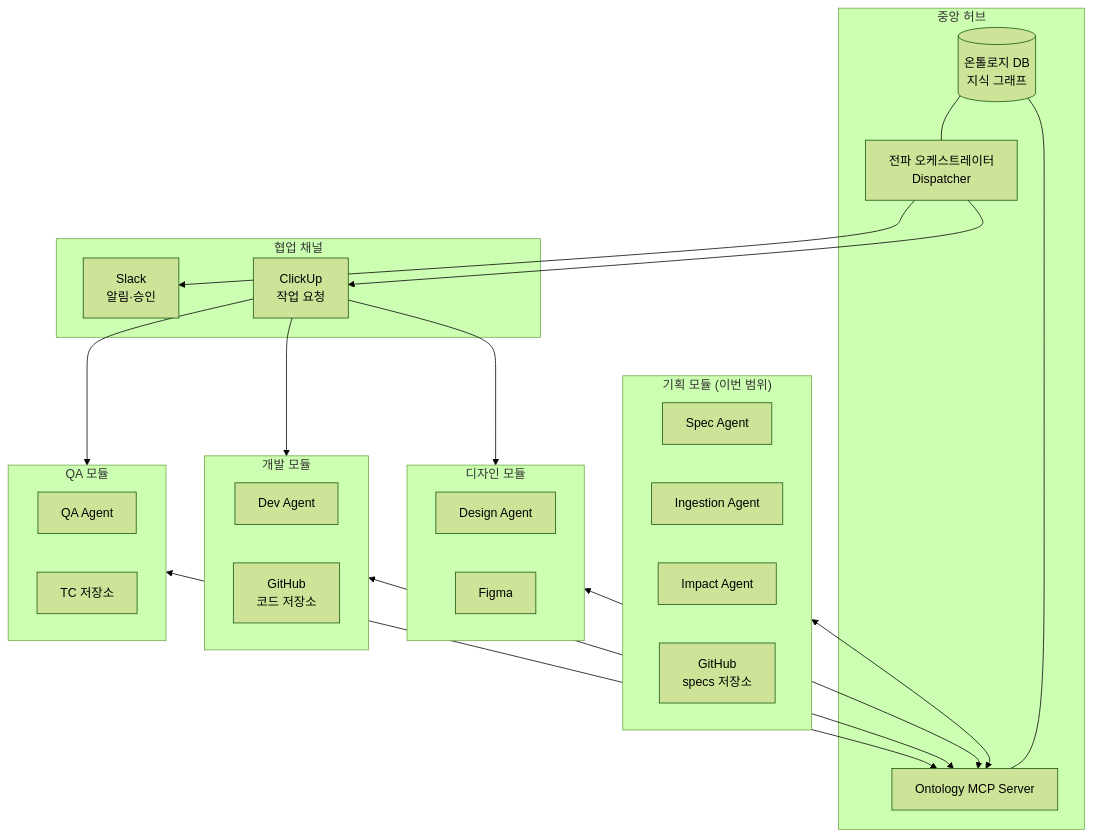
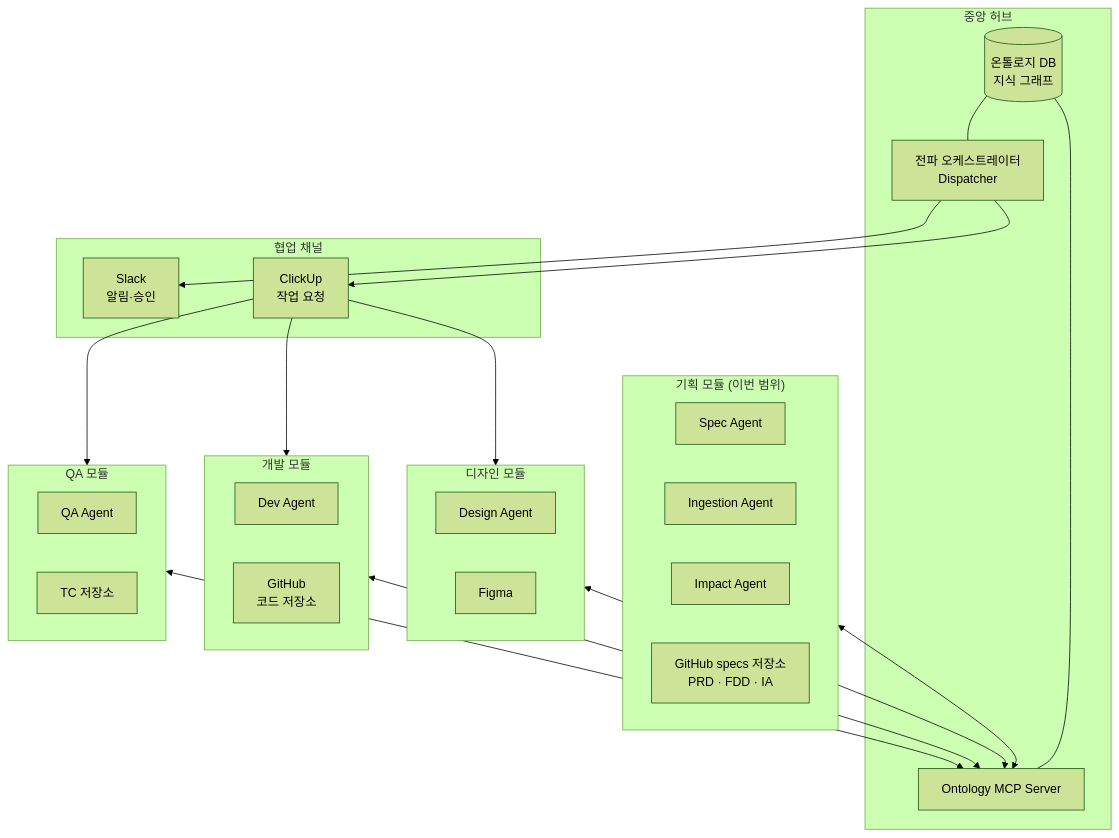
Before and after one commit to Kinmann/ProductDesign: the second of 8 diagrams in PRD_ai-native-pipeline.md, drawn with Mermaid (forest theme). The commit also changed other lines of this file, not shown here.

First line of the commit message:
Split planning artifacts into PRD, FDD, and IA stages (v0.2)

````diff
--- a/PRD_ai-native-pipeline.md
+++ b/PRD_ai-native-pipeline.md
@@ -155,47 +168,47 @@
 ```mermaid
 flowchart TB
     subgraph CORE["중앙 허브"]
         ONT[("온톨로지 DB<br/>지식 그래프")]
         MCP["Ontology MCP Server"]
         ORC["전파 오케스트레이터<br/>Dispatcher"]
         ONT --- MCP
         ONT --- ORC
     end
 
     subgraph PLAN["기획 모듈 (이번 범위)"]
         SA["Spec Agent"]
         IG["Ingestion Agent"]
         IM["Impact Agent"]
-        GHS["GitHub<br/>specs 저장소"]
+        GHS["GitHub specs 저장소<br/>PRD · FDD · IA"]
     end
 
     subgraph DESIGN["디자인 모듈"]
         DA["Design Agent"]
         FG["Figma"]
     end
 
     subgraph DEV["개발 모듈"]
         DVA["Dev Agent"]
         GHC["GitHub<br/>코드 저장소"]
     end
 
     subgraph QAM["QA 모듈"]
         QA["QA Agent"]
         TCS["TC 저장소"]
     end
 
     subgraph COLLAB["협업 채널"]
         CU["ClickUp<br/>작업 요청"]
         SL["Slack<br/>알림·승인"]
     end
 
     PLAN <--> MCP
     DESIGN <--> MCP
     DEV <--> MCP
     QAM <--> MCP
     ORC --> CU
     ORC --> SL
     CU --> DESIGN
     CU --> DEV
     CU --> QAM
 ```
````
